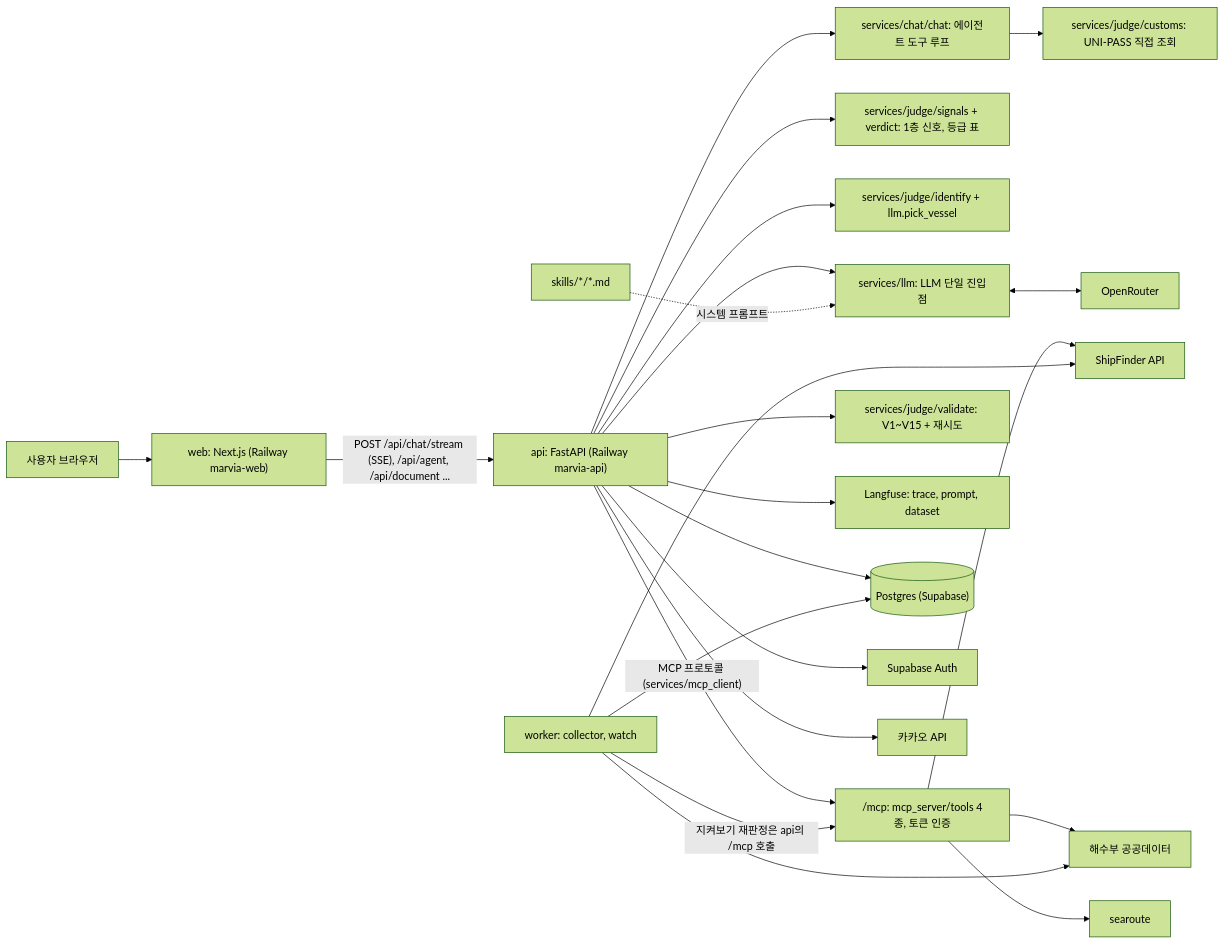
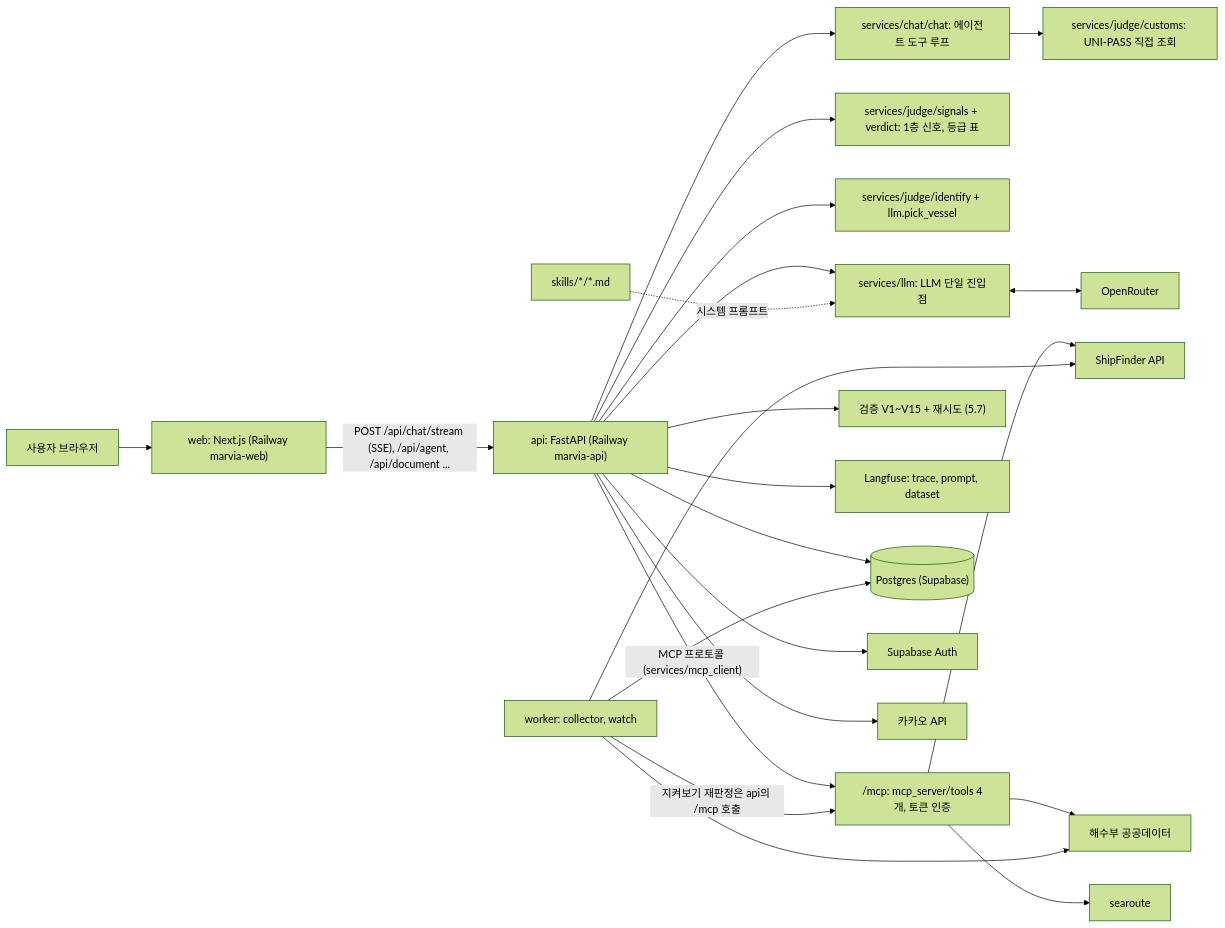
Before and after one commit to HJU5022/Marvia: the first of 3 diagrams in docs/Marvia_SDD.md, drawn with Mermaid (forest theme). The commit also changed other lines of this file and 5 other files, not shown here.

First line of the commit message:
docs: PRD·SDD·작업 리스트·ERD·prompt_versions를 지금 코드 기준으로 다시 씀

````diff
--- a/docs/Marvia_SDD.md
+++ b/docs/Marvia_SDD.md
@@ -169,25 +73,25 @@
 ```mermaid
 flowchart LR
   U["사용자 브라우저"] --> W["web: Next.js (Railway marvia-web)"]
   W -->|"POST /api/chat/stream (SSE), /api/agent, /api/document ..."| A["api: FastAPI (Railway marvia-api)"]
   A --> CH["services/chat/chat: 에이전트 도구 루프"]
   CH --> CU["services/judge/customs: UNI-PASS 직접 조회"]
   A --> SG["services/judge/signals + verdict: 1층 신호, 등급 표"]
   A --> ID["services/judge/identify + llm.pick_vessel"]
   A --> L["services/llm: LLM 단일 진입점"]
   SK["skills/*/*.md"] -.->|"시스템 프롬프트"| L
   L <--> OR["OpenRouter"]
-  A -->|"MCP 프로토콜 (services/mcp_client)"| M["/mcp: mcp_server/tools 4종, 토큰 인증"]
+  A -->|"MCP 프로토콜 (services/mcp_client)"| M["/mcp: mcp_server/tools 4개, 토큰 인증"]
   M --> SF["ShipFinder API"]
   M --> MOF["해수부 공공데이터"]
   M --> SR["searoute"]
-  A --> V["services/judge/validate: V1~V15 + 재시도"]
+  A --> V["검증 V1~V15 + 재시도 (5.7)"]
   A --> LF["Langfuse: trace, prompt, dataset"]
   A --> DB[("Postgres (Supabase)")]
   A --> SB["Supabase Auth"]
   A --> KK["카카오 API"]
   WK["worker: collector, watch"] --> SF
   WK --> MOF
   WK -->|"지켜보기 재판정은 api의 /mcp 호출"| M
   WK --> DB
 ```
````
